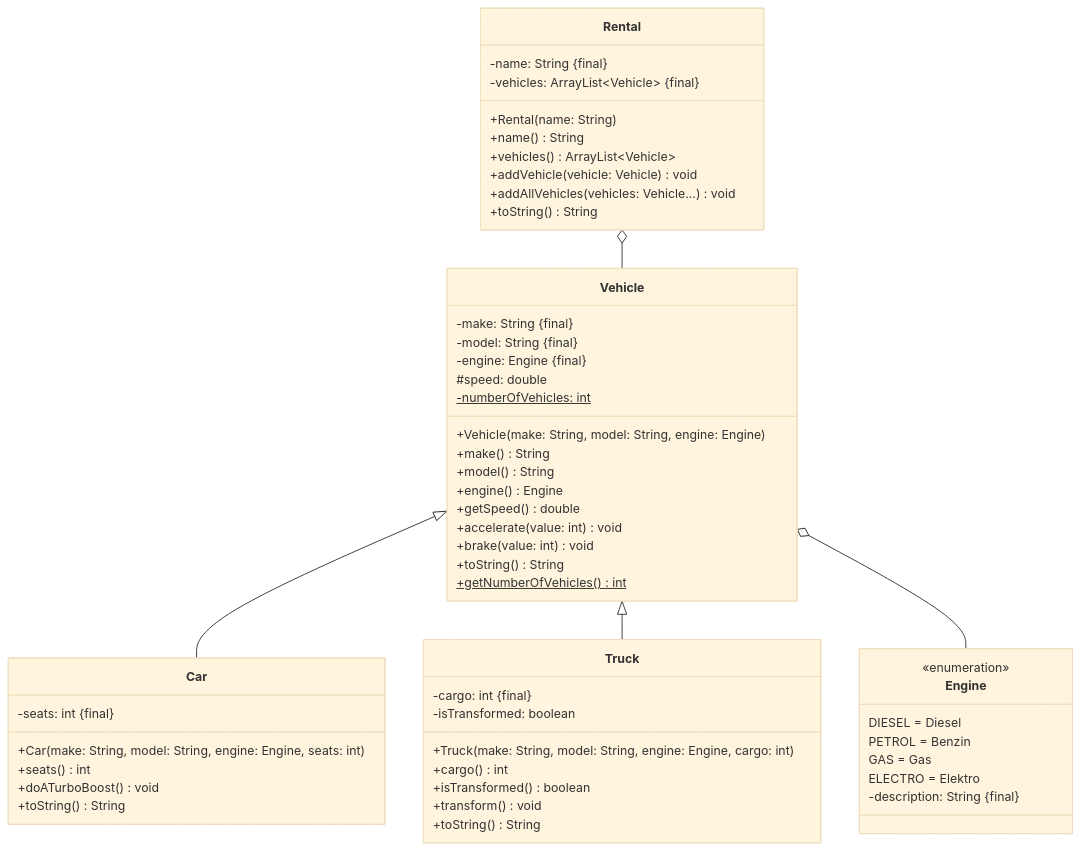
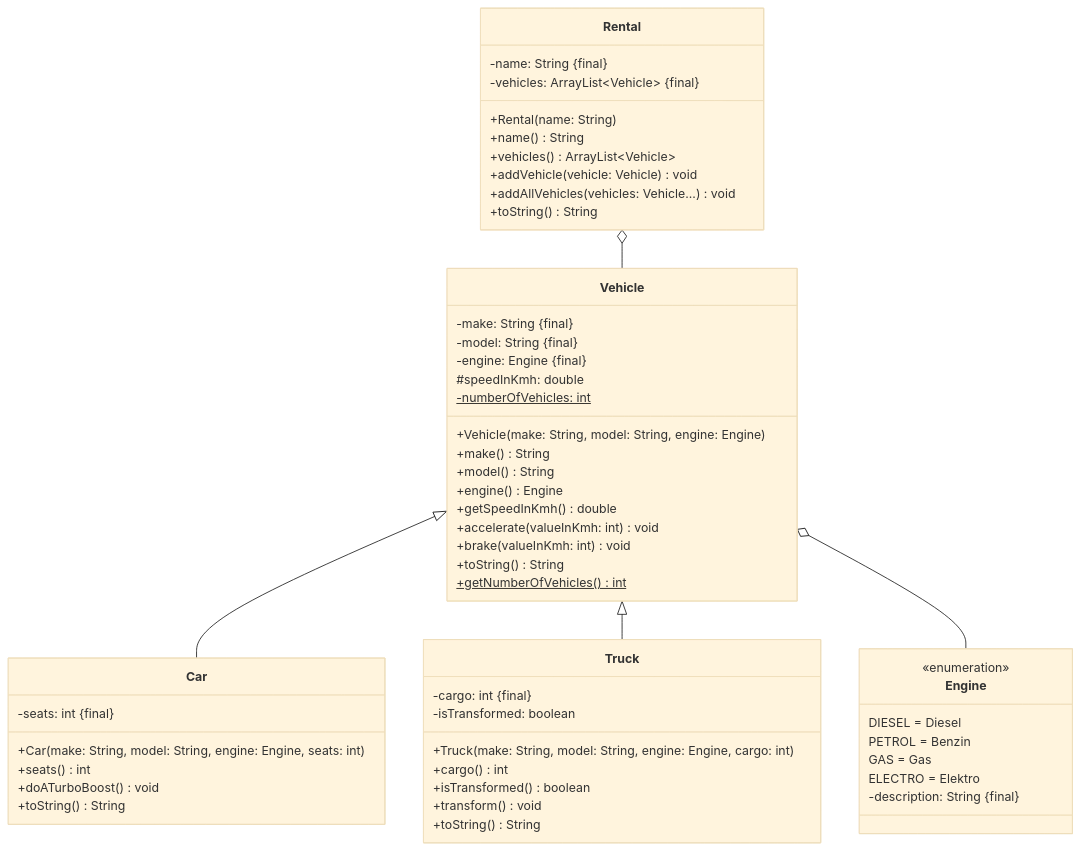
The diagram in docs/exercises/polymorphy/polymorphy02.mdx (jappuccini/java-docs), drawn with Mermaid (base theme) before and after one commit. The commit also changed 13 other files, not shown here.

````diff
--- a/docs/exercises/polymorphy/polymorphy02.mdx
+++ b/docs/exercises/polymorphy/polymorphy02.mdx
@@ -15,62 +15,62 @@
 ```mermaid
 classDiagram
     Vehicle <|-- Car
     Vehicle <|-- Truck
     Vehicle o-- Engine
     Rental o-- Vehicle
 
     class Vehicle {
         -make: String &#123final&#125
         -model: String &#123final&#125
         -engine: Engine &#123final&#125
-        #speed: double
+        #speedInKmh: double
         -numberOfVehicles: int$
         +Vehicle(make: String, model: String, engine: Engine)
         +make() String
         +model() String
         +engine() Engine
-        +getSpeed() double
-        +accelerate(value: int) void
-        +brake(value: int) void
+        +getSpeedInKmh() double
+        +accelerate(valueInKmh: int) void
+        +brake(valueInKmh: int) void
         +toString() String
         +getNumberOfVehicles()$ int
     }
 
     class Engine {
         <<enumeration>>
         DIESEL = Diesel
         PETROL = Benzin
         GAS = Gas
         ELECTRO = Elektro
         -description: String &#123final&#125
     }
 
     class Car {
         -seats: int &#123final&#125
         +Car(make: String, model: String, engine: Engine, seats: int)
         +seats() int
         +doATurboBoost() void
         +toString() String
     }
 
     class Truck {
         -cargo: int &#123final&#125
         -isTransformed: boolean
         +Truck(make: String, model: String, engine: Engine, cargo: int)
         +cargo() int
         +isTransformed() boolean
         +transform() void
         +toString() String
     }
 
     class Rental {
         -name: String &#123final&#125
         -vehicles: ArrayList~Vehicle~ &#123final&#125
         +Rental(name: String)
         +name() String
         +vehicles() ArrayList~Vehicle~
         +addVehicle(vehicle: Vehicle) void
         +addAllVehicles(vehicles: Vehicle...) void
         +toString() String
     }
 ```
````
